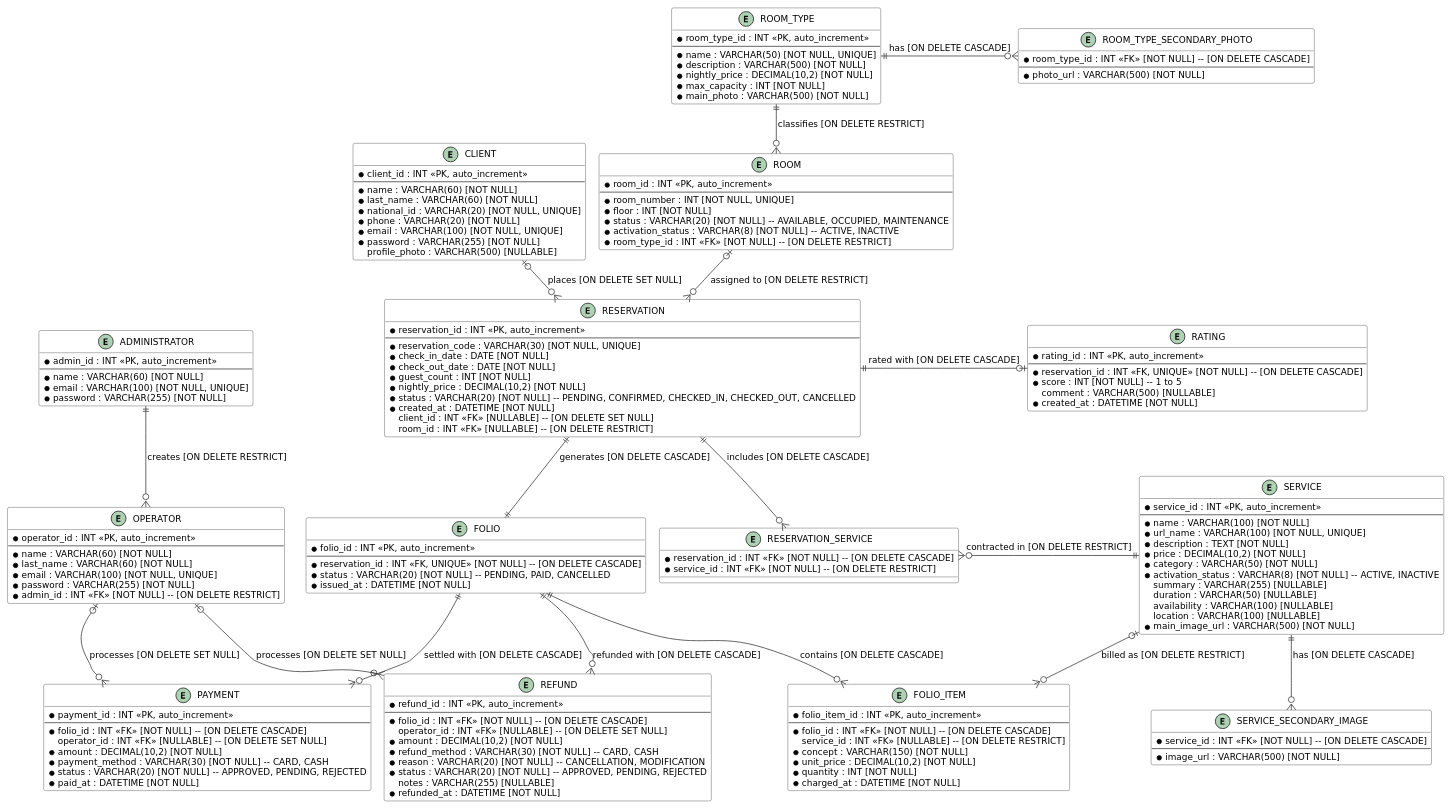
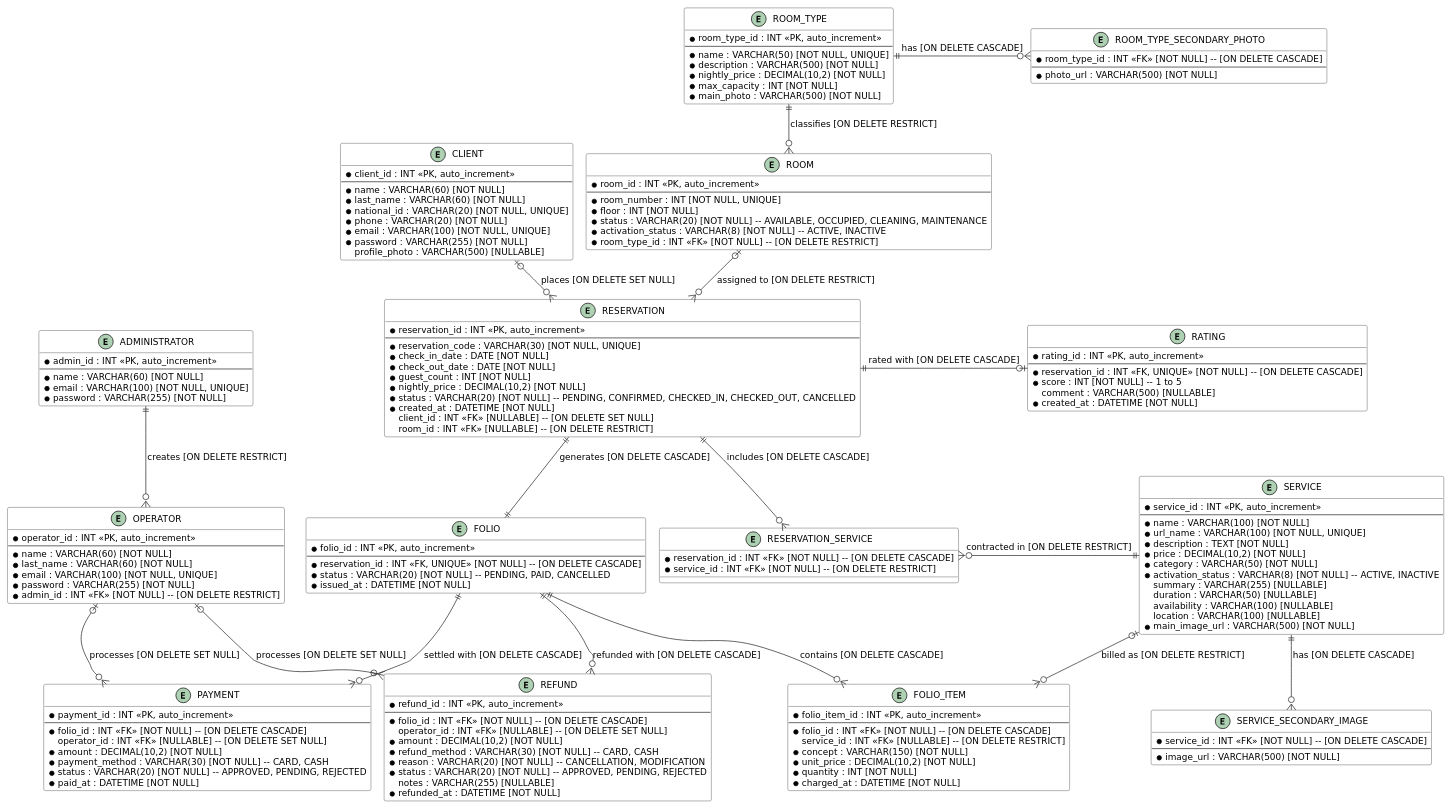
Before and after one commit to CarefreeHarp/Hotel-Management-System-Angular: the diagram in readme-assets/entity-relationship.puml, drawn with PlantUML. The commit also changed 133 other files, not shown here.

```diff
--- a/readme-assets/entity-relationship.puml
+++ b/readme-assets/entity-relationship.puml
@@ -1,191 +1,191 @@
 @startuml entity-relationship
 ' Modelo de la base de datos de Atlan Suites, igual a las entidades JPA del backend.
 ' Para regenerar el PNG (no requiere Graphviz, usa el motor de PlantUML):
 '   java -jar plantuml.jar -tpng readme-assets/entity-relationship.puml
 !pragma layout smetana
 skinparam shadowing false
 skinparam defaultFontName "DejaVu Sans"
 skinparam defaultFontSize 12
 skinparam ArrowColor #333333
 skinparam ClassBorderColor #333333
 skinparam ClassBackgroundColor #FFFFFF
 skinparam nodesep 40
 skinparam ranksep 60
 
 ' ───────────── Usuarios ─────────────
 entity "ADMINISTRATOR" as administrator {
   * admin_id : INT <<PK, auto_increment>>
   --
   * name : VARCHAR(60) [NOT NULL]
   * email : VARCHAR(100) [NOT NULL, UNIQUE]
   * password : VARCHAR(255) [NOT NULL]
 }
 
 entity "OPERATOR" as operator {
   * operator_id : INT <<PK, auto_increment>>
   --
   * name : VARCHAR(60) [NOT NULL]
   * last_name : VARCHAR(60) [NOT NULL]
   * email : VARCHAR(100) [NOT NULL, UNIQUE]
   * password : VARCHAR(255) [NOT NULL]
   * admin_id : INT <<FK>> [NOT NULL] -- [ON DELETE RESTRICT]
 }
 
 entity "CLIENT" as client {
   * client_id : INT <<PK, auto_increment>>
   --
   * name : VARCHAR(60) [NOT NULL]
   * last_name : VARCHAR(60) [NOT NULL]
   * national_id : VARCHAR(20) [NOT NULL, UNIQUE]
   * phone : VARCHAR(20) [NOT NULL]
   * email : VARCHAR(100) [NOT NULL, UNIQUE]
   * password : VARCHAR(255) [NOT NULL]
   profile_photo : VARCHAR(500) [NULLABLE]
 }
 
 ' ───────────── Alojamiento ─────────────
 entity "ROOM_TYPE" as room_type {
   * room_type_id : INT <<PK, auto_increment>>
   --
   * name : VARCHAR(50) [NOT NULL, UNIQUE]
   * description : VARCHAR(500) [NOT NULL]
   * nightly_price : DECIMAL(10,2) [NOT NULL]
   * max_capacity : INT [NOT NULL]
   * main_photo : VARCHAR(500) [NOT NULL]
 }
 
 entity "ROOM_TYPE_SECONDARY_PHOTO" as room_type_photo {
   * room_type_id : INT <<FK>> [NOT NULL] -- [ON DELETE CASCADE]
   --
   * photo_url : VARCHAR(500) [NOT NULL]
 }
 
 entity "ROOM" as room {
   * room_id : INT <<PK, auto_increment>>
   --
   * room_number : INT [NOT NULL, UNIQUE]
   * floor : INT [NOT NULL]
-  * status : VARCHAR(20) [NOT NULL] -- AVAILABLE, OCCUPIED, MAINTENANCE
+  * status : VARCHAR(20) [NOT NULL] -- AVAILABLE, OCCUPIED, CLEANING, MAINTENANCE
   * activation_status : VARCHAR(8) [NOT NULL] -- ACTIVE, INACTIVE
   * room_type_id : INT <<FK>> [NOT NULL] -- [ON DELETE RESTRICT]
 }
 
 ' ───────────── Servicios ─────────────
 entity "SERVICE" as service {
   * service_id : INT <<PK, auto_increment>>
   --
   * name : VARCHAR(100) [NOT NULL]
   * url_name : VARCHAR(100) [NOT NULL, UNIQUE]
   * description : TEXT [NOT NULL]
   * price : DECIMAL(10,2) [NOT NULL]
   * category : VARCHAR(50) [NOT NULL]
   * activation_status : VARCHAR(8) [NOT NULL] -- ACTIVE, INACTIVE
   summary : VARCHAR(255) [NULLABLE]
   duration : VARCHAR(50) [NULLABLE]
   availability : VARCHAR(100) [NULLABLE]
   location : VARCHAR(100) [NULLABLE]
   * main_image_url : VARCHAR(500) [NOT NULL]
 }
 
 entity "SERVICE_SECONDARY_IMAGE" as service_image {
   * service_id : INT <<FK>> [NOT NULL] -- [ON DELETE CASCADE]
   --
   * image_url : VARCHAR(500) [NOT NULL]
 }
 
 ' ───────────── Reservas ─────────────
 entity "RESERVATION" as reservation {
   * reservation_id : INT <<PK, auto_increment>>
   --
   * reservation_code : VARCHAR(30) [NOT NULL, UNIQUE]
   * check_in_date : DATE [NOT NULL]
   * check_out_date : DATE [NOT NULL]
   * guest_count : INT [NOT NULL]
   * nightly_price : DECIMAL(10,2) [NOT NULL]
   * status : VARCHAR(20) [NOT NULL] -- PENDING, CONFIRMED, CHECKED_IN, CHECKED_OUT, CANCELLED
   * created_at : DATETIME [NOT NULL]
   client_id : INT <<FK>> [NULLABLE] -- [ON DELETE SET NULL]
   room_id : INT <<FK>> [NULLABLE] -- [ON DELETE RESTRICT]
 }
 
 entity "RESERVATION_SERVICE" as reservation_service {
   * reservation_id : INT <<FK>> [NOT NULL] -- [ON DELETE CASCADE]
   * service_id : INT <<FK>> [NOT NULL] -- [ON DELETE RESTRICT]
 }
 
 entity "RATING" as rating {
   * rating_id : INT <<PK, auto_increment>>
   --
   * reservation_id : INT <<FK, UNIQUE>> [NOT NULL] -- [ON DELETE CASCADE]
   * score : INT [NOT NULL] -- 1 to 5
   comment : VARCHAR(500) [NULLABLE]
   * created_at : DATETIME [NOT NULL]
 }
 
 ' ───────────── Facturación ─────────────
 entity "FOLIO" as folio {
   * folio_id : INT <<PK, auto_increment>>
   --
   * reservation_id : INT <<FK, UNIQUE>> [NOT NULL] -- [ON DELETE CASCADE]
   * status : VARCHAR(20) [NOT NULL] -- PENDING, PAID, CANCELLED
   * issued_at : DATETIME [NOT NULL]
 }
 
 entity "FOLIO_ITEM" as folio_item {
   * folio_item_id : INT <<PK, auto_increment>>
   --
   * folio_id : INT <<FK>> [NOT NULL] -- [ON DELETE CASCADE]
   service_id : INT <<FK>> [NULLABLE] -- [ON DELETE RESTRICT]
   * concept : VARCHAR(150) [NOT NULL]
   * unit_price : DECIMAL(10,2) [NOT NULL]
   * quantity : INT [NOT NULL]
   * charged_at : DATETIME [NOT NULL]
 }
 
 entity "PAYMENT" as payment {
   * payment_id : INT <<PK, auto_increment>>
   --
   * folio_id : INT <<FK>> [NOT NULL] -- [ON DELETE CASCADE]
   operator_id : INT <<FK>> [NULLABLE] -- [ON DELETE SET NULL]
   * amount : DECIMAL(10,2) [NOT NULL]
   * payment_method : VARCHAR(30) [NOT NULL] -- CARD, CASH
   * status : VARCHAR(20) [NOT NULL] -- APPROVED, PENDING, REJECTED
   * paid_at : DATETIME [NOT NULL]
 }
 
 entity "REFUND" as refund {
   * refund_id : INT <<PK, auto_increment>>
   --
   * folio_id : INT <<FK>> [NOT NULL] -- [ON DELETE CASCADE]
   operator_id : INT <<FK>> [NULLABLE] -- [ON DELETE SET NULL]
   * amount : DECIMAL(10,2) [NOT NULL]
   * refund_method : VARCHAR(30) [NOT NULL] -- CARD, CASH
   * reason : VARCHAR(20) [NOT NULL] -- CANCELLATION, MODIFICATION
   * status : VARCHAR(20) [NOT NULL] -- APPROVED, PENDING, REJECTED
   notes : VARCHAR(255) [NULLABLE]
   * refunded_at : DATETIME [NOT NULL]
 }
 
 ' ───────────── Relaciones ─────────────
 room_type ||-right-o{ room_type_photo : "has [ON DELETE CASCADE]"
 room_type ||--o{ room : "classifies [ON DELETE RESTRICT]"
 administrator ||--o{ operator : "creates [ON DELETE RESTRICT]"
 client |o--o{ reservation : "places [ON DELETE SET NULL]"
 room |o--o{ reservation : "assigned to [ON DELETE RESTRICT]"
 reservation ||-right-o| rating : "rated with [ON DELETE CASCADE]"
 reservation ||--o{ reservation_service : "includes [ON DELETE CASCADE]"
 service ||-left-o{ reservation_service : "contracted in [ON DELETE RESTRICT]"
 service ||--o{ service_image : "has [ON DELETE CASCADE]"
 reservation ||--|| folio : "generates [ON DELETE CASCADE]"
 folio ||--o{ folio_item : "contains [ON DELETE CASCADE]"
 service |o--o{ folio_item : "billed as [ON DELETE RESTRICT]"
 folio ||--o{ payment : "settled with [ON DELETE CASCADE]"
 operator |o--o{ payment : "processes [ON DELETE SET NULL]"
 folio ||--o{ refund : "refunded with [ON DELETE CASCADE]"
 operator |o--o{ refund : "processes [ON DELETE SET NULL]"
 
 ' Orden horizontal: solo ubica las tablas, no son relaciones.
 folio -[hidden]right- reservation_service
 payment -[hidden]right- refund
 
 @enduml
```
